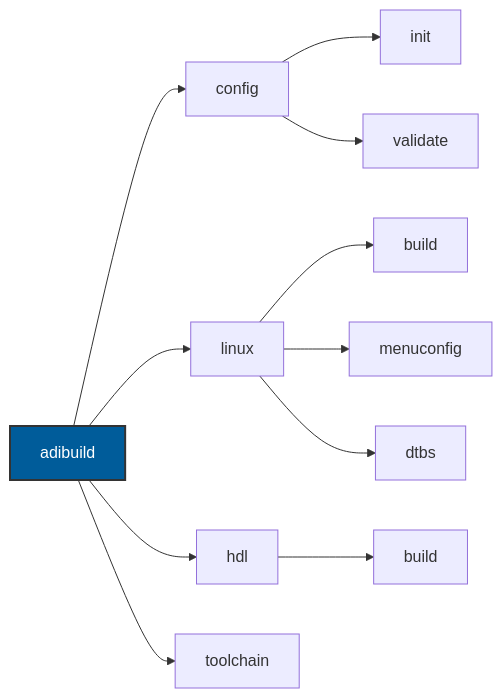
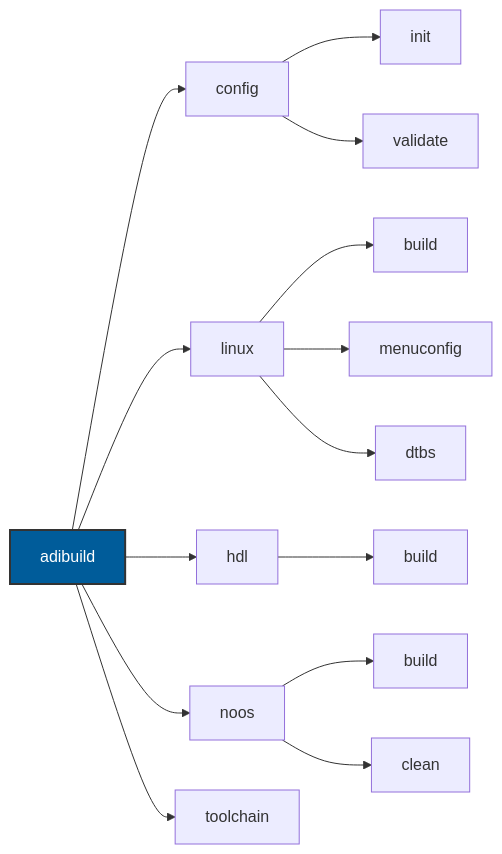
The diagram in docs/source/user-guide/cli-usage.rst (tfcollins/pyadi-build), drawn with Mermaid before and after one commit. The commit also changed other lines of this file and 28 other files, not shown here.

```diff
--- a/docs/source/user-guide/cli-usage.rst
+++ b/docs/source/user-guide/cli-usage.rst
@@ -11,18 +11,22 @@
 .. mermaid::
 
    graph LR
        CLI[adibuild] --> Config[config]
        CLI --> Linux[linux]
        CLI --> HDL[hdl]
+       CLI --> NoOS[noos]
        CLI --> Toolchain[toolchain]
-       
+
        Config --> Init[init]
        Config --> Validate[validate]
-       
+
        Linux --> LBuild[build]
        Linux --> LMenu[menuconfig]
        Linux --> LDtbs[dtbs]
-       
+
        HDL --> HBuild[build]
-       
+
+       NoOS --> NBuild[build]
+       NoOS --> NClean[clean]
+
        style CLI fill:#005c9a,stroke:#333,stroke-width:2px,color:#fff
```
